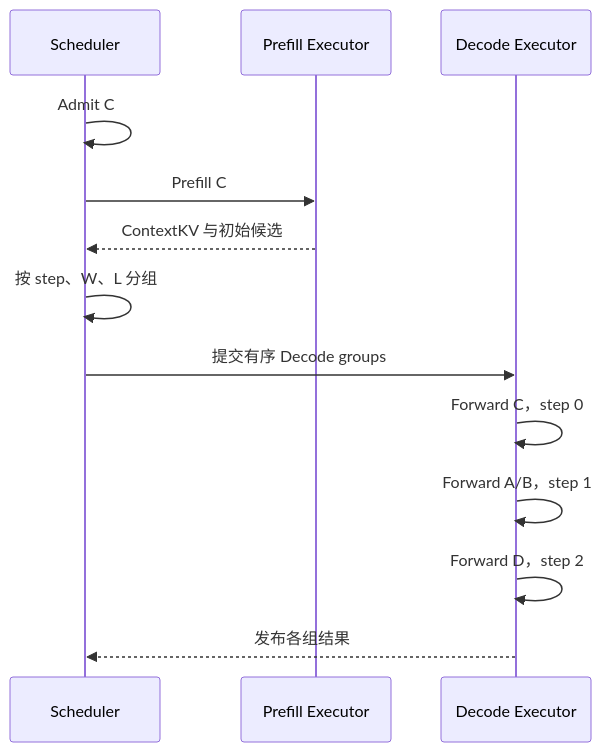
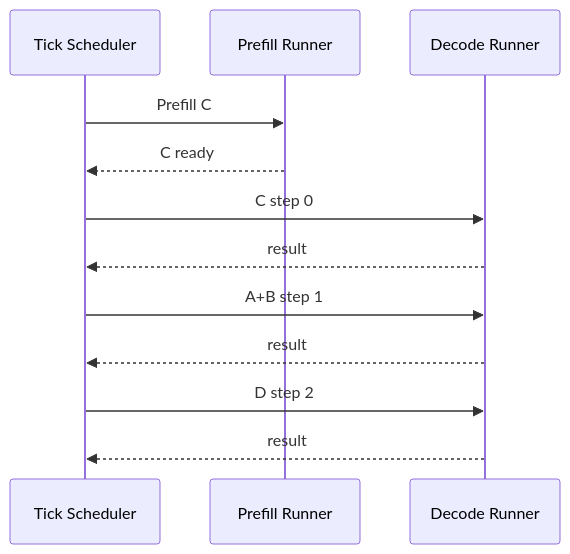
One commit to zhanghanleo10/gr-related changed the third of 13 diagrams in GR/nearline_batch_scheduler_and_input_protocol_design.md. Above: the diagram before and after it, drawn with Mermaid. The commit also changed other lines of this file, not shown here.

Commit message:
Reorganize scheduler analysis around vLLM NVIDIA and xLLM

````diff
--- a/GR/nearline_batch_scheduler_and_input_protocol_design.md
+++ b/GR/nearline_batch_scheduler_and_input_protocol_design.md
@@ -169,16 +135,14 @@
 ```mermaid
 sequenceDiagram
-    participant S as Scheduler
-    participant P as Prefill Executor
-    participant D as Decode Executor
-
-    S->>S: Admit C
+    participant S as Tick Scheduler
+    participant P as Prefill Runner
+    participant D as Decode Runner
     S->>P: Prefill C
-    P-->>S: ContextKV 与初始候选
-    S->>S: 按 step、W、L 分组
-    S->>D: 提交有序 Decode groups
-    D->>D: Forward C，step 0
-    D->>D: Forward A/B，step 1
-    D->>D: Forward D，step 2
-    D-->>S: 发布各组结果
+    P-->>S: C ready
+    S->>D: C step 0
+    D-->>S: result
+    S->>D: A+B step 1
+    D-->>S: result
+    S->>D: D step 2
+    D-->>S: result
 ```
````
